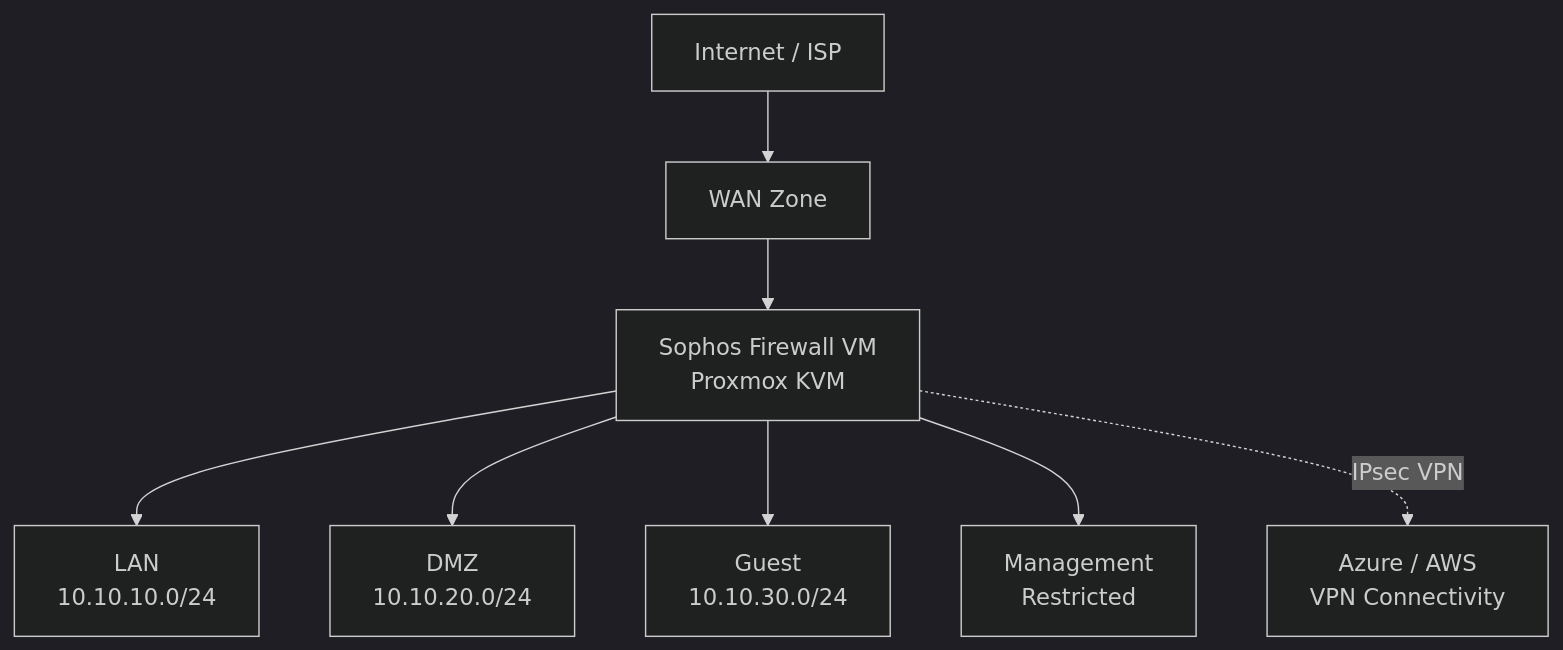
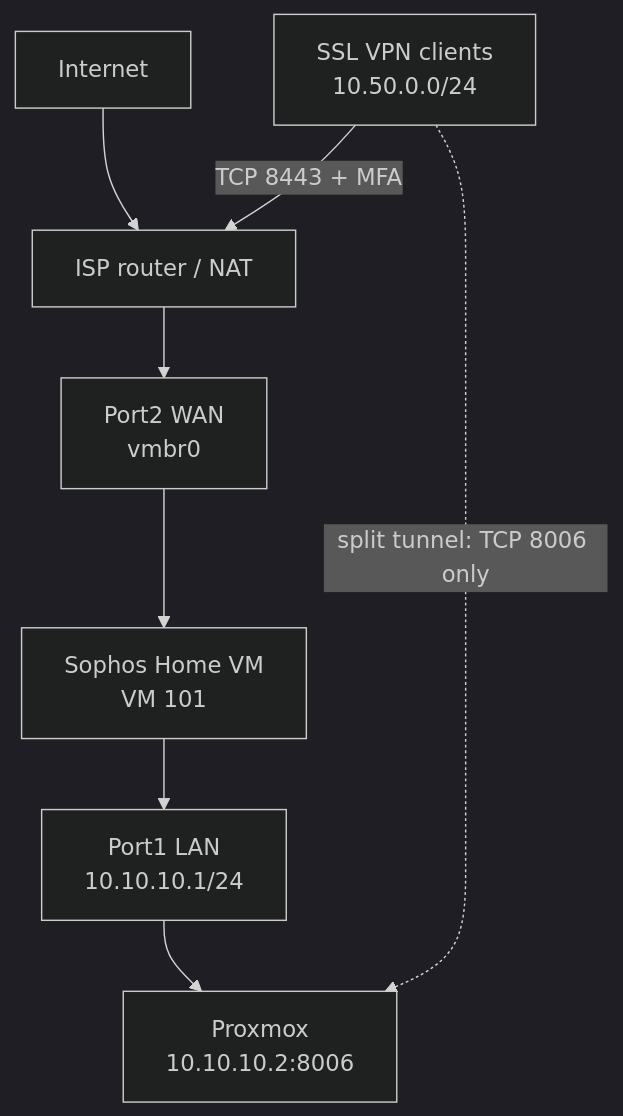
One commit to globalcloudgenius/cloudgenius-sophos-firewall-proxmox-lab changed the diagram in README.md. Above: the diagram before and after it, drawn with Mermaid (dark theme). The commit also changed other lines of this file and 11 other files, not shown here.

Commit message:
Update lab for Sophos Firewall Home ISO

````diff
--- a/README.md
+++ b/README.md
@@ -33,18 +46,15 @@
 ```mermaid
 flowchart TB
-    Internet["Internet / ISP"]
-    WAN["WAN Zone"]
-    FW["Sophos Firewall VM<br/>Proxmox KVM"]
-    LAN["LAN<br/>10.10.10.0/24"]
-    DMZ["DMZ<br/>10.10.20.0/24"]
-    Guest["Guest<br/>10.10.30.0/24"]
-    Mgmt["Management<br/>Restricted"]
-    Cloud["Azure / AWS<br/>VPN Connectivity"]
+    Internet["Internet"]
+    Router["ISP router / NAT"]
+    WAN["Port2 WAN<br/>vmbr0"]
+    FW["Sophos Home VM<br/>VM 101"]
+    LAN["Port1 LAN<br/>10.10.10.1/24"]
+    PVE["Proxmox<br/>10.10.10.2:8006"]
+    VPN["SSL VPN clients<br/>10.50.0.0/24"]
 
-    Internet --> WAN --> FW
-    FW --> LAN
-    FW --> DMZ
-    FW --> Guest
-    FW --> Mgmt
-    FW -. IPsec VPN .-> Cloud
+    Internet --> Router --> WAN --> FW
+    FW --> LAN --> PVE
+    VPN -->|"TCP 8443 + MFA"| Router
+    VPN -. "split tunnel: TCP 8006 only" .-> PVE
 ```
````
